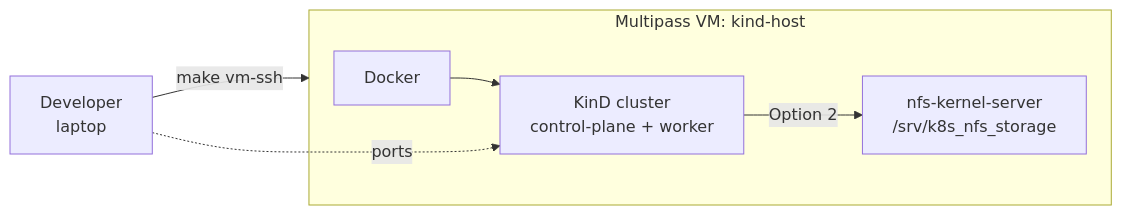
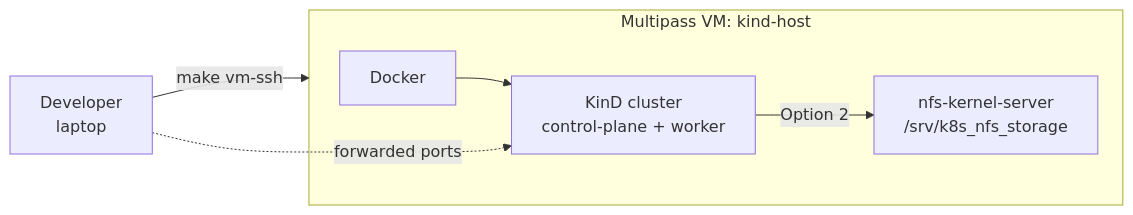
One commit to AndriyKalashnykov/kind-cluster changed the fourth of 4 diagrams in README.md. Above: the diagram before and after it, drawn with Mermaid. The commit also changed other lines of this file, not shown here.

First line of the commit message:
docs: remove stale install sections; fix mermaid syntax; reorder CI/CD

````diff
--- a/README.md
+++ b/README.md
@@ -226,10 +185,11 @@
 ```mermaid
 flowchart LR
-    DEV[Developer<br/>laptop] -->|make vm-ssh| M[Multipass<br/>Ubuntu 22.04 VM]
-    subgraph M[Multipass VM: kind-host]
+    DEV[Developer<br/>laptop]
+    subgraph VM[Multipass VM: kind-host]
       D[Docker] --> K[KinD cluster<br/>control-plane + worker]
       NFS[nfs-kernel-server<br/>/srv/k8s_nfs_storage]
       K -->|Option 2| NFS
     end
-    DEV -.ports.-> K
+    DEV -->|make vm-ssh| VM
+    DEV -.forwarded ports.-> K
 ```
````
